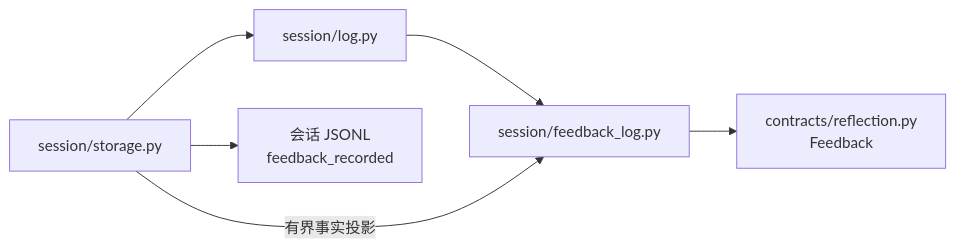
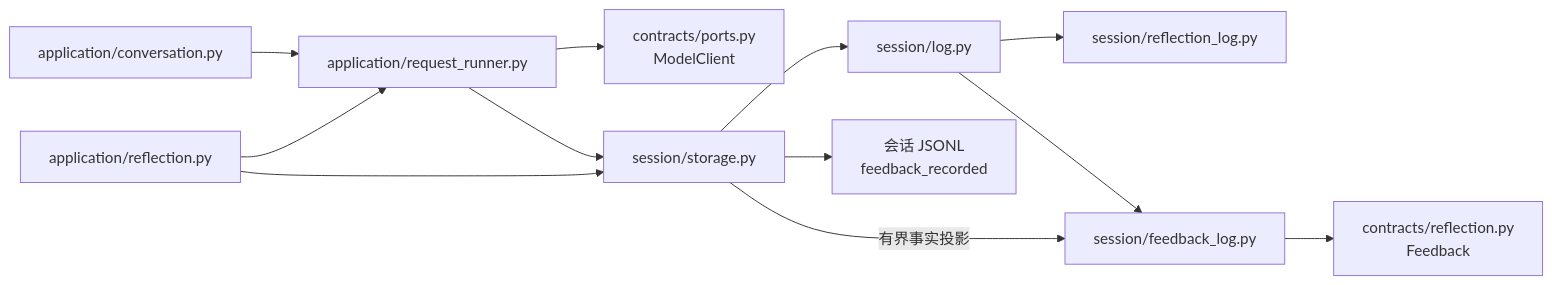
The third of 8 diagrams in docs/architecture.md (Plvltra/AdamAgent), drawn with Mermaid before and after one commit. The commit also changed other lines of this file and 17 other files, not shown here.

```diff
--- a/docs/architecture.md
+++ b/docs/architecture.md
@@ -70,8 +70,14 @@
 ~~~mermaid
 flowchart LR
-    STORE["session/storage.py"] --> LOG["session/log.py"]
+    CONV["application/conversation.py"] --> RUNNER["application/request_runner.py"]
+    SERVICE["application/reflection.py"] --> RUNNER
+    RUNNER --> PORT["contracts/ports.py<br/>ModelClient"]
+    RUNNER --> STORE["session/storage.py"]
+    SERVICE --> STORE
+    STORE --> LOG["session/log.py"]
+    LOG --> REFLECT["session/reflection_log.py"]
     LOG --> FEEDBACK["session/feedback_log.py"]
     FEEDBACK --> CONTRACT["contracts/reflection.py<br/>Feedback"]
     STORE -->|有界事实投影| FEEDBACK
     STORE --> JSONL["会话 JSONL<br/>feedback_recorded"]
 ~~~
```
